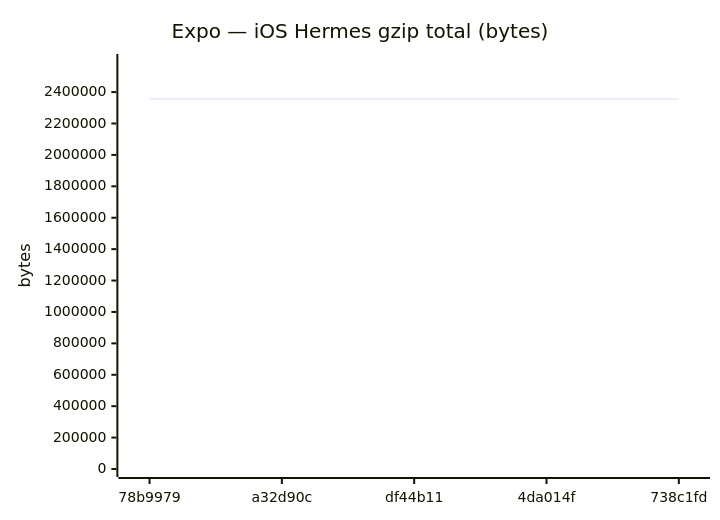
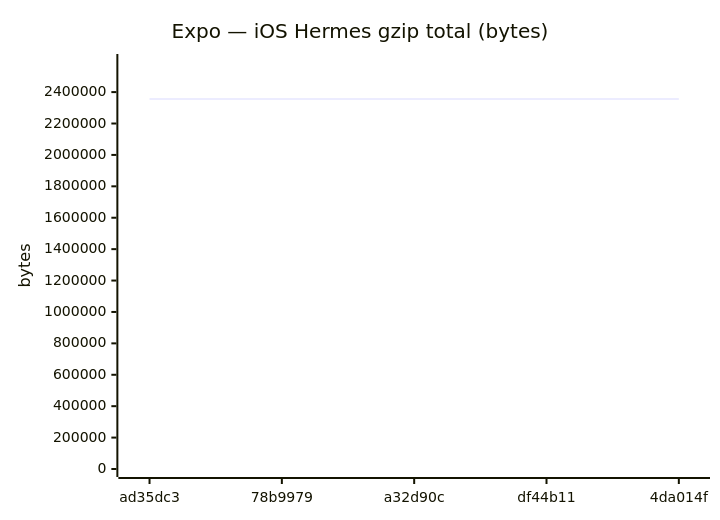
One commit to Metaheurist/Rianell changed diagram 16 of 24 in benchmarks/compare.md. Above: the diagram before and after it, drawn with Mermaid. The commit also changed other lines of this file and 12 other files, not shown here.

````diff
--- a/benchmarks/compare.md
+++ b/benchmarks/compare.md
@@ -228,7 +228,7 @@
 ```mermaid
 xychart-beta
     title "Expo — iOS Hermes gzip total (bytes)"
-    x-axis ["78b9979", "a32d90c", "df44b11", "4da014f", "738c1fd"]
+    x-axis ["ad35dc3", "78b9979", "a32d90c", "df44b11", "4da014f"]
     y-axis "bytes" 0 --> 2591695
-    line [2356086, 2356058, 2356058, 2356060, 2356059]
+    line [2356086, 2356086, 2356058, 2356058, 2356060]
 ```
````
